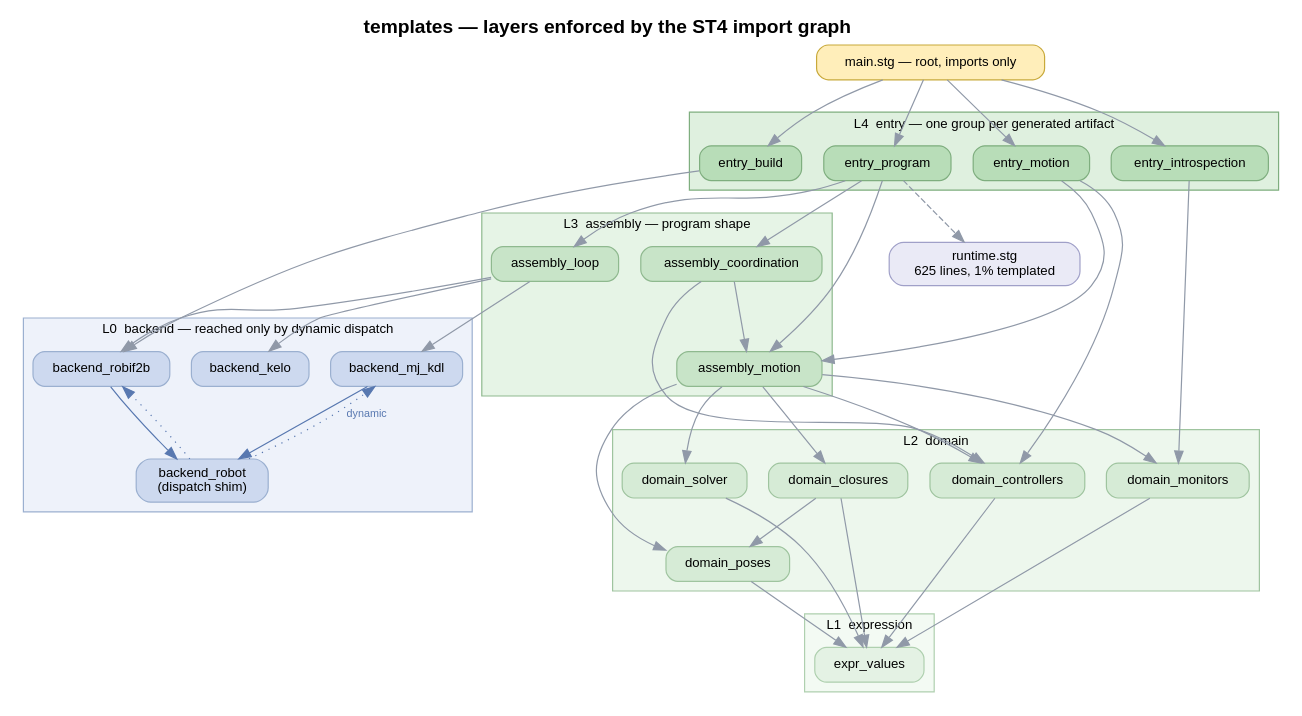
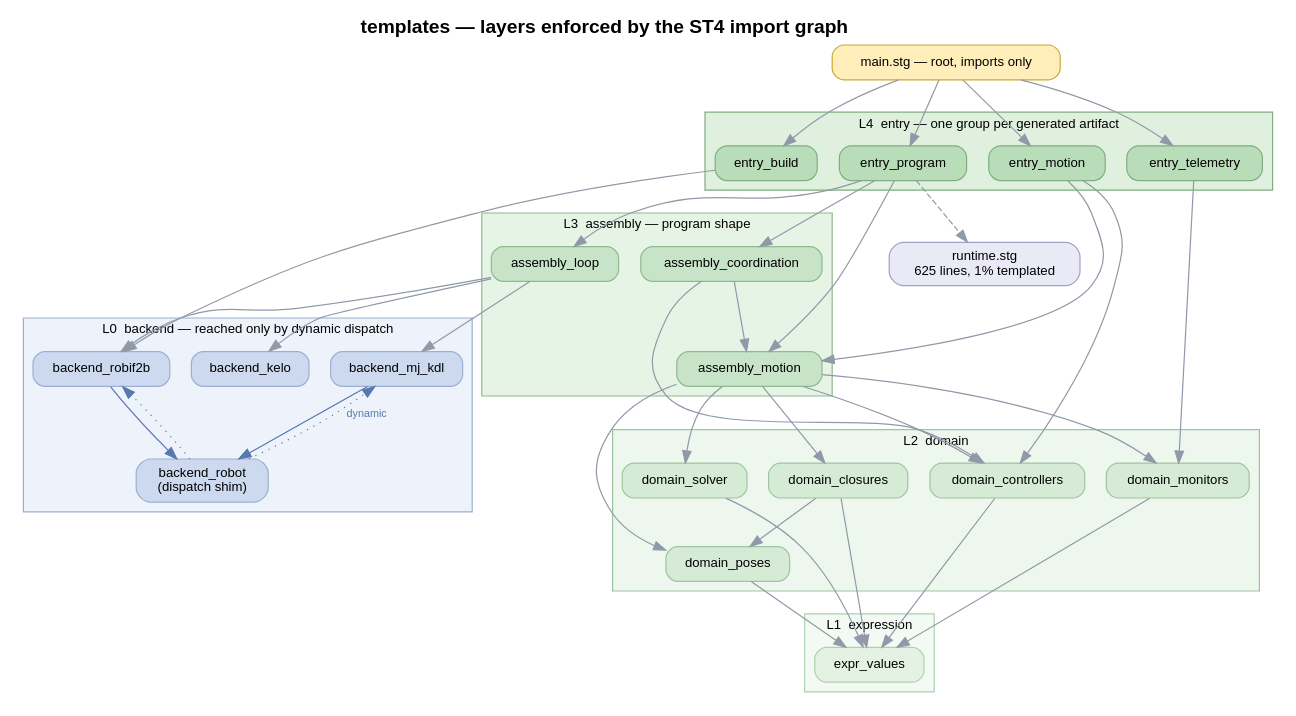
One commit to secorolab/motion-spec changed the diagram in docs/codegen-architecture/proposed-templates.dot. Above: the diagram before and after it, drawn with Graphviz. The commit also changed 67 other files, not shown here.

```diff
--- a/docs/codegen-architecture/proposed-templates.dot
+++ b/docs/codegen-architecture/proposed-templates.dot
@@ -1,45 +1,45 @@
 // SPDX-License-Identifier: MPL-2.0
 // Proposed template architecture. Rationale and measurements: README.md.
 digraph proposed_templates {
   rankdir=TB
   fontname="Helvetica" labelloc=t labeljust=c fontsize=16
   label=<<b>templates — layers enforced by the ST4 import graph</b>>
   node [fontname="Helvetica" fontsize=11 shape=box style="filled,rounded" height=0.4 margin="0.16,0.09"]
   edge [fontname="Helvetica" fontsize=9 color="#9099a8"]
 
   subgraph cluster4 { label="L4  entry — one group per generated artifact" style=filled fillcolor="#dff0df" fontsize=11 color="#7fae7f"
     node [fillcolor="#b8ddb8" color="#7fae7f"]
     e1 [label="entry_program"] e2 [label="entry_motion"]
-    e3 [label="entry_introspection"] e4 [label="entry_build"] }
+    e3 [label="entry_telemetry"] e4 [label="entry_build"] }
 
   subgraph cluster3 { label="L3  assembly — program shape" style=filled fillcolor="#e6f4e6" fontsize=11 color="#8fb98f"
     node [fillcolor="#c8e4c8" color="#8fb98f"]
     a1 [label="assembly_loop"] a2 [label="assembly_coordination"] a3 [label="assembly_motion"] }
 
   subgraph cluster2 { label="L2  domain" style=filled fillcolor="#edf7ed" fontsize=11 color="#9fc49f"
     node [fillcolor="#d6ebd6" color="#9fc49f"]
     d1 [label="domain_solver"] d2 [label="domain_closures"]
     d3 [label="domain_monitors"] d4 [label="domain_poses"]
     d5 [label="domain_controllers"] }
 
   subgraph cluster1 { label="L1  expression" style=filled fillcolor="#f3faf3" fontsize=11 color="#afd0af"
     node [fillcolor="#e4f2e4" color="#afd0af"]
     x1 [label="expr_values"] }
 
   subgraph cluster0 { label="L0  backend — reached only by dynamic dispatch" style=filled fillcolor="#eef2fa" fontsize=11 color="#9bb0d0"
     node [fillcolor="#cdd9ef" color="#9bb0d0"]
     b0 [label="backend_robot\n(dispatch shim)"] b1 [label="backend_mj_kdl"]
     b2 [label="backend_robif2b"] b3 [label="backend_kelo"] }
 
   rt [label="runtime.stg\n625 lines, 1% templated" fillcolor="#eaeaf6" color="#a0a0c8"]
 
   root [label="main.stg — root, imports only" fillcolor="#ffeeba" color="#c8a93a"]
   root -> {e1 e2 e3 e4}
   e1 -> {a1 a2 a3}  e2 -> {a3 d5}  e3 -> d3  e4 -> b2
   a1 -> {b1 b2 b3}  a2 -> {a3 d5}  a3 -> {d1 d2 d3 d4 d5}
   d1 -> x1  d2 -> {d4 x1}  d3 -> x1  d4 -> x1  d5 -> x1
   b1 -> b0 [color="#5878b0"]  b2 -> b0 [color="#5878b0"]
   e1 -> rt [style=dashed]
   b0 -> b1 [style=dotted color="#5878b0" constraint=false label="dynamic" fontcolor="#5878b0"]
   b0 -> b2 [style=dotted color="#5878b0" constraint=false]
 }
```
